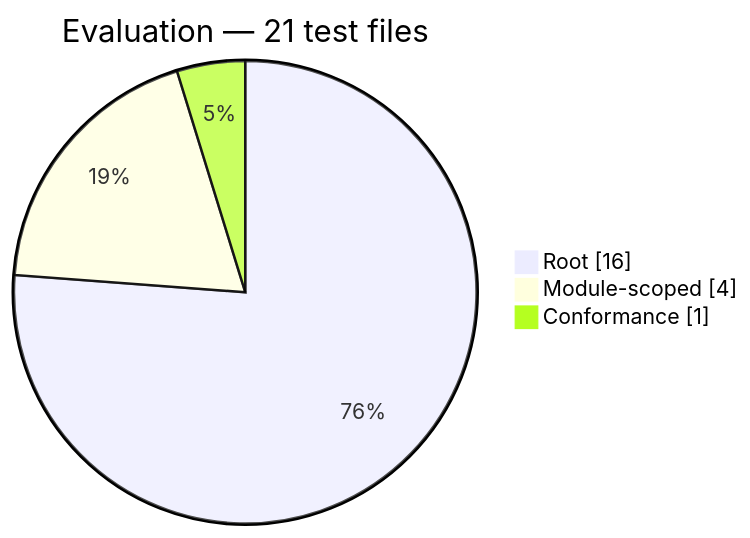
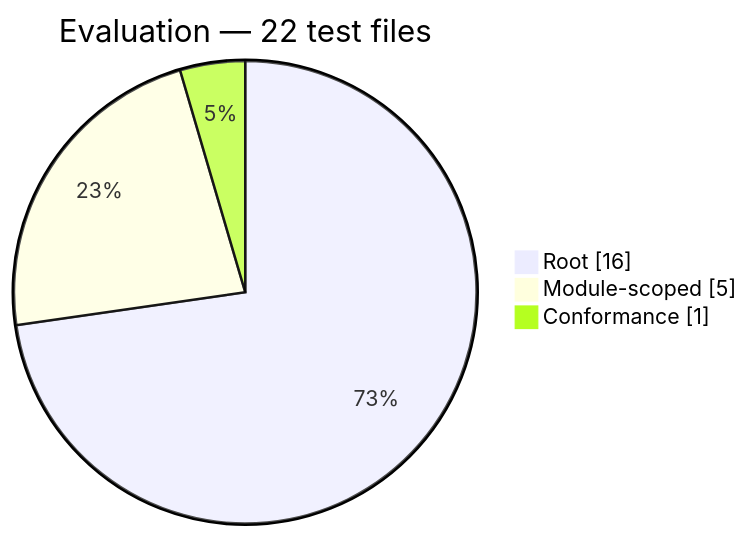
Before and after one commit to PHP-Arazzo/php-arazzo: the third of 13 diagrams in docs/generated/test-composition.md, drawn with Mermaid. The commit also changed other lines of this file and 13 other files, not shown here.

````diff
--- a/docs/generated/test-composition.md
+++ b/docs/generated/test-composition.md
@@ -46,7 +46,7 @@
 ```mermaid
 pie showData
-    title Evaluation — 21 test files
+    title Evaluation — 22 test files
     "Root": 16
-    "Module-scoped": 4
+    "Module-scoped": 5
     "Conformance": 1
 ```
````
